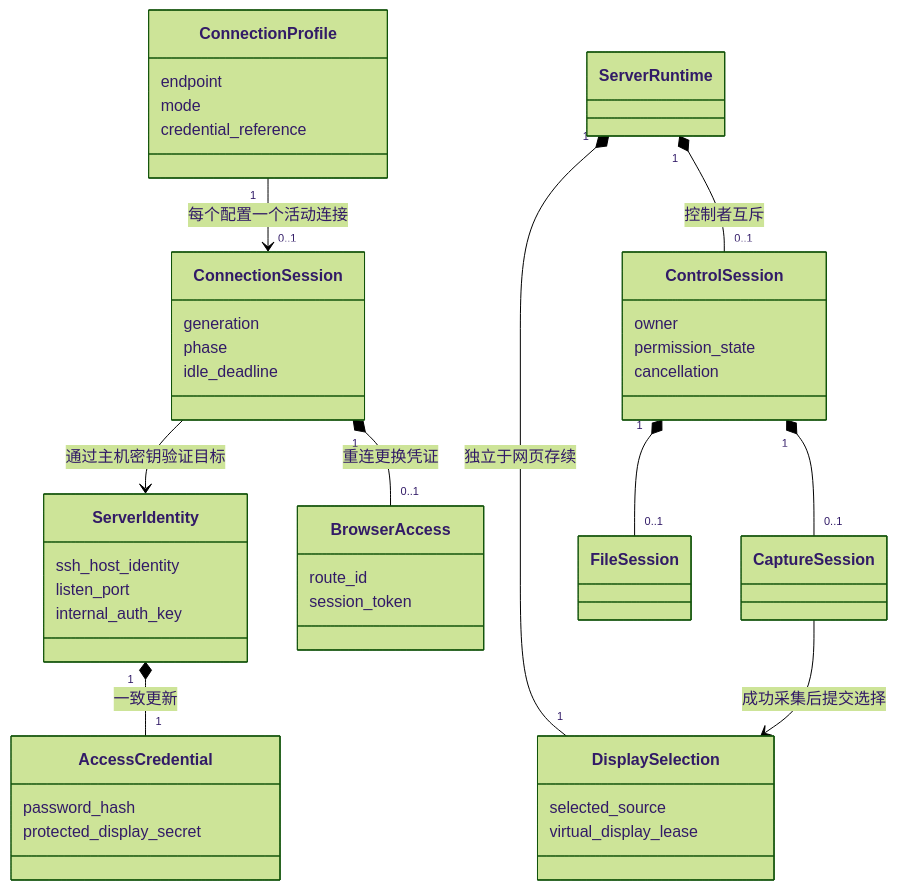
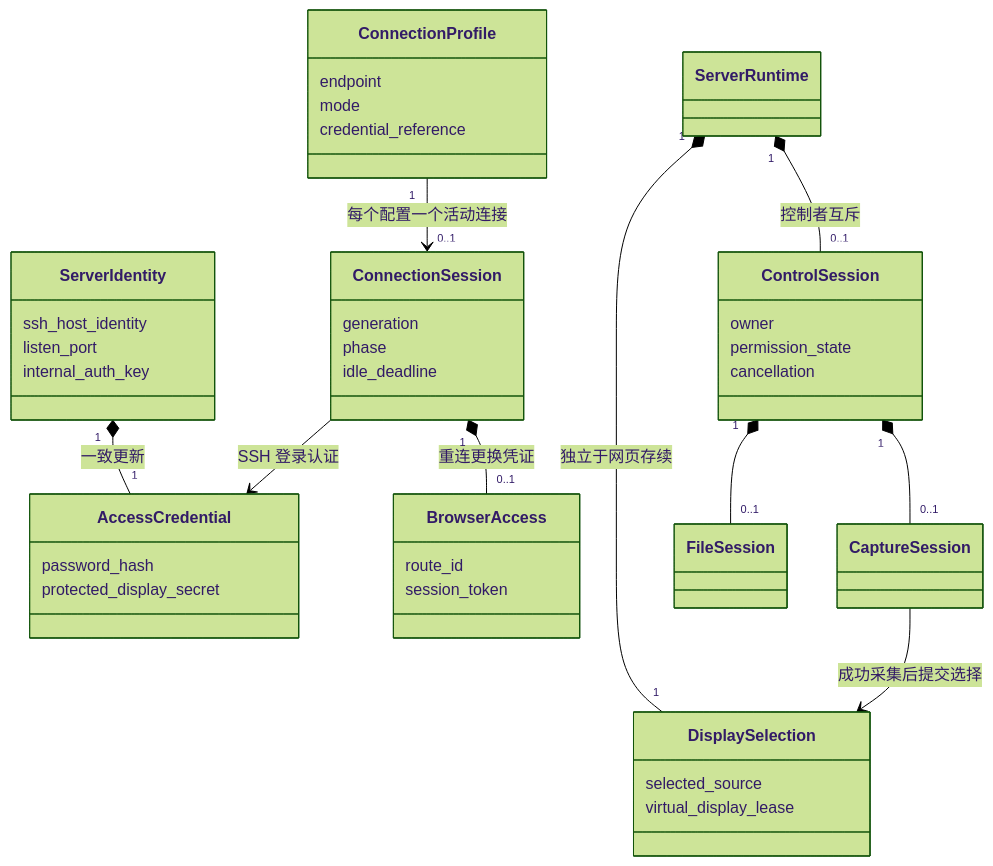
Before and after one commit to dripai/LanDesk: the first of 4 diagrams in docs/architecture.md, drawn with Mermaid (forest theme). The commit also changed other lines of this file and 44 other files, not shown here.

Commit message:
Unify local credential storage and simplify server settings for v0.5.0

````diff
--- a/docs/architecture.md
+++ b/docs/architecture.md
@@ -40,47 +40,47 @@
 ```mermaid
 classDiagram
     class ServerIdentity {
         ssh_host_identity
         listen_port
         internal_auth_key
     }
     class AccessCredential {
         password_hash
         protected_display_secret
     }
     class ConnectionProfile {
         endpoint
         mode
         credential_reference
     }
     class ConnectionSession {
         generation
         phase
         idle_deadline
     }
     class BrowserAccess {
         route_id
         session_token
     }
     class ControlSession {
         owner
         permission_state
         cancellation
     }
     class ServerRuntime
     class DisplaySelection {
         selected_source
         virtual_display_lease
     }
     class CaptureSession
     class FileSession
     ServerIdentity "1" *-- "1" AccessCredential : 一致更新
     ConnectionProfile "1" --> "0..1" ConnectionSession : 每个配置一个活动连接
     ConnectionSession "1" *-- "0..1" BrowserAccess : 重连更换凭证
-    ConnectionSession --> ServerIdentity : 通过主机密钥验证目标
+    ConnectionSession --> AccessCredential : SSH 登录认证
     ServerRuntime "1" *-- "0..1" ControlSession : 控制者互斥
     ServerRuntime "1" *-- "1" DisplaySelection : 独立于网页存续
     ControlSession "1" *-- "0..1" CaptureSession
     ControlSession "1" *-- "0..1" FileSession
     CaptureSession --> DisplaySelection : 成功采集后提交选择
 ```
````
